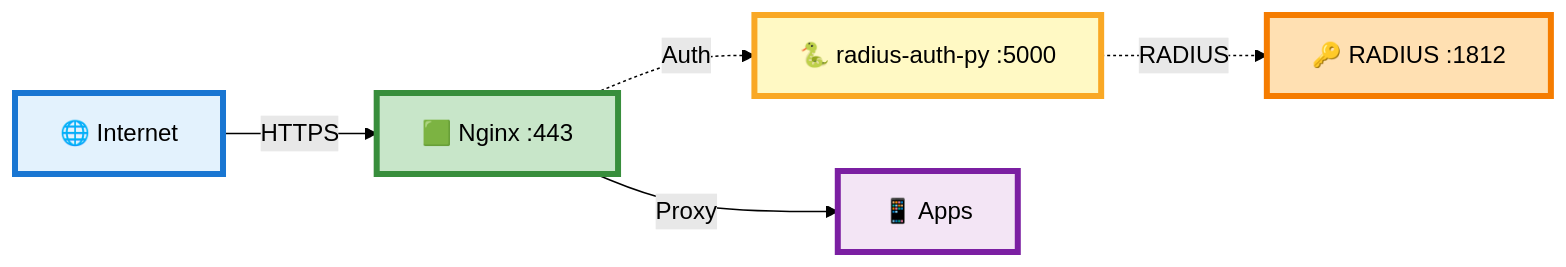
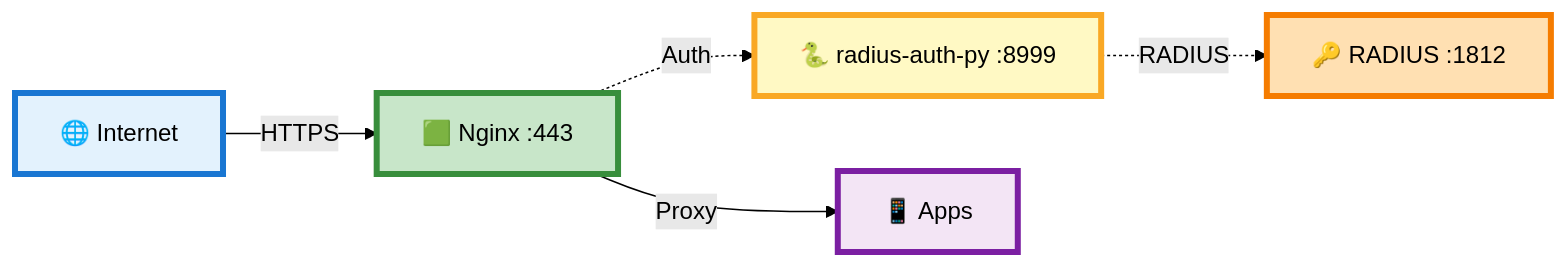
The fourth of 4 diagrams in README.md (okigan/revproxauth), drawn with Mermaid (forest theme) before and after one commit. The commit also changed other lines of this file and 9 other files, not shown here.

````diff
--- a/README.md
+++ b/README.md
@@ -154,19 +165,19 @@
 ```mermaid
 graph LR
     A["🌐 Internet"] 
     B["🟩 Nginx :443"]
-    C["🐍 radius-auth-py :5000"]
+    C["🐍 radius-auth-py :8999"]
     D["🔑 RADIUS :1812"]
     E["📱 Apps"]
     
     A -->|HTTPS| B
     B -.->|Auth| C
     C -.->|RADIUS| D
     B -->|Proxy| E
     
     style A fill:#e3f2fd,stroke:#1976d2,stroke-width:4px,color:#000
     style B fill:#c8e6c9,stroke:#388e3c,stroke-width:4px,color:#000
     style C fill:#fff9c4,stroke:#f9a825,stroke-width:4px,color:#000
     style D fill:#ffe0b2,stroke:#f57c00,stroke-width:4px,color:#000
     style E fill:#f3e5f5,stroke:#7b1fa2,stroke-width:4px,color:#000
 ```
````
